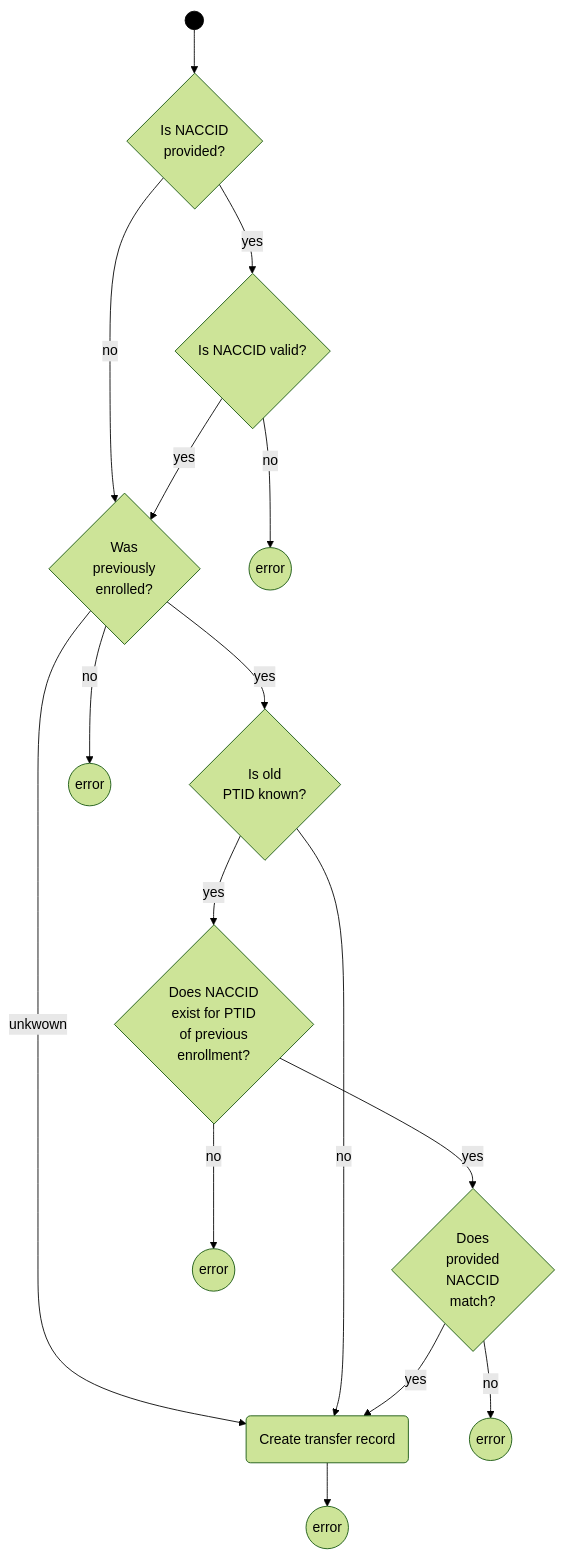
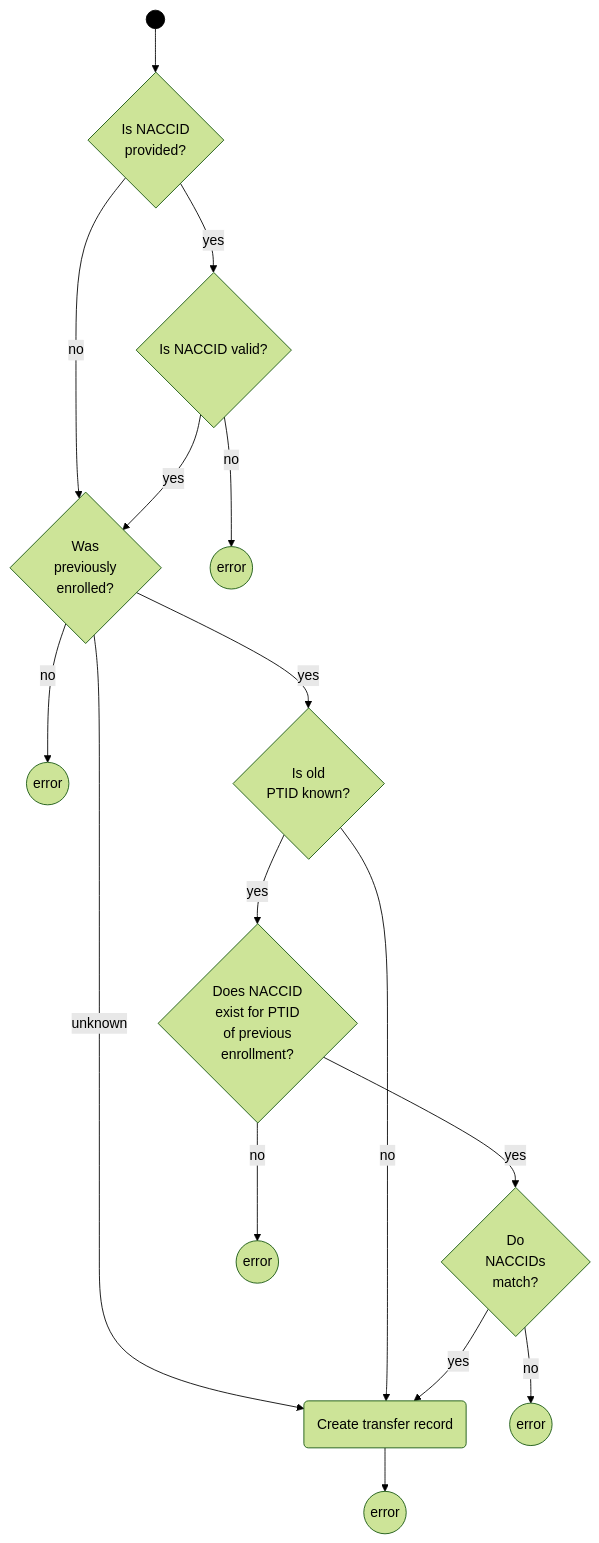
The fourth of 4 diagrams in docs/identifier_provisioning/index.md (naccdata/nacc-flywheel), drawn with Mermaid (forest theme) before and after one commit.

Commit message:
Tweak provisioning docs

````diff
--- a/docs/identifier_provisioning/index.md
+++ b/docs/identifier_provisioning/index.md
@@ -78,23 +78,22 @@
 ```mermaid
 graph TB
     start((*)) --> 
     
     
     naccidprovided{Is NACCID\n provided?}
     naccidprovided -- yes --> hasparticipant{Is NACCID valid?}
     naccidprovided -- no --> prevenrolled{Was\n previously\n enrolled?}
     hasparticipant -- yes --> prevenrolled
     hasparticipant -- no --> noparticipant((error))
-
+    prevenrolled -- no --> whattransfer((error))
     prevenrolled -- yes --> oldptidknown{Is old\n PTID known?}
-    prevenrolled -- no --> whattransfer((error))
-    prevenrolled -- unkwown --> recordtransfer(Create transfer record) --> pendingerror((error))
+    prevenrolled -- unknown --> recordtransfer(Create transfer record) --> pendingerror((error))
 
     oldptidknown -- yes --> naccidforoldptid{Does NACCID\n exist for PTID\n of previous\n enrollment?}
     oldptidknown -- no --> recordtransfer
-    naccidforoldptid -- yes --> existingnaccid{Does\n provided\n NACCID\n match?}
+    naccidforoldptid -- yes --> existingnaccid{Do\n NACCIDs\n match?}
     naccidforoldptid -- no --> nonaccid((error))
     existingnaccid -- yes --> recordtransfer
     existingnaccid -- no --> mismatch((error))
 style start fill:#000, stroke:#000
 ```
````
